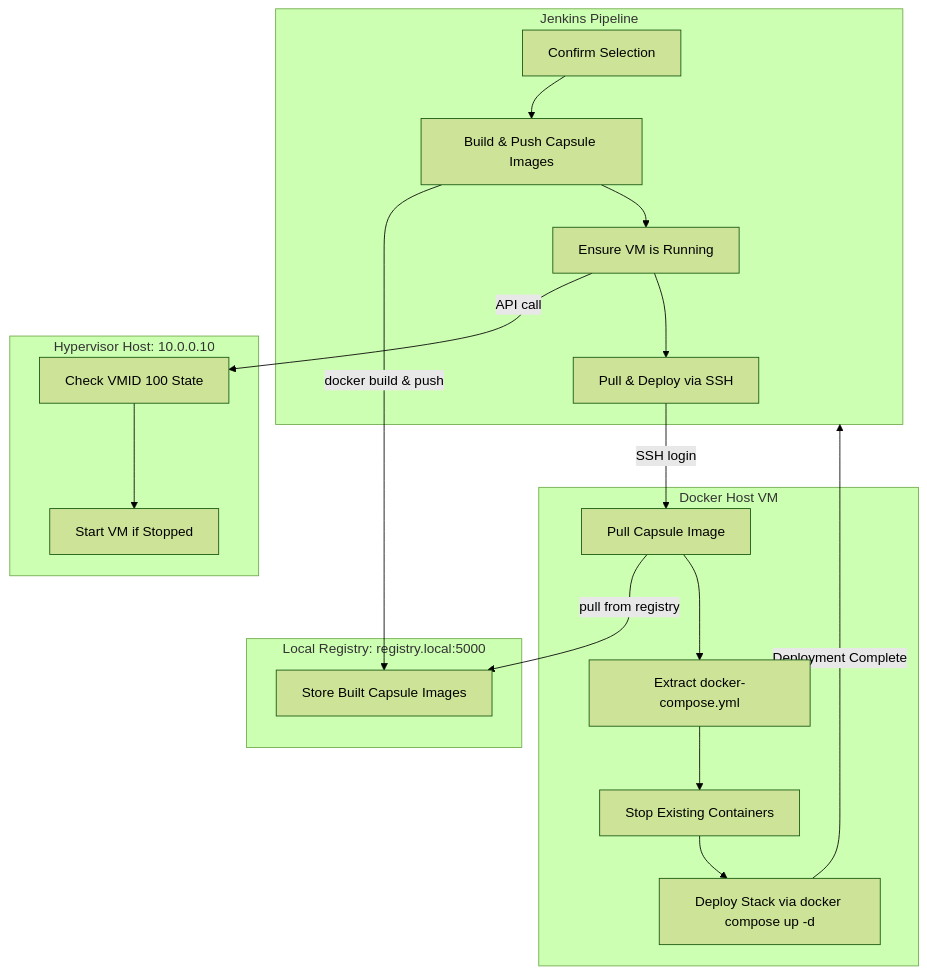
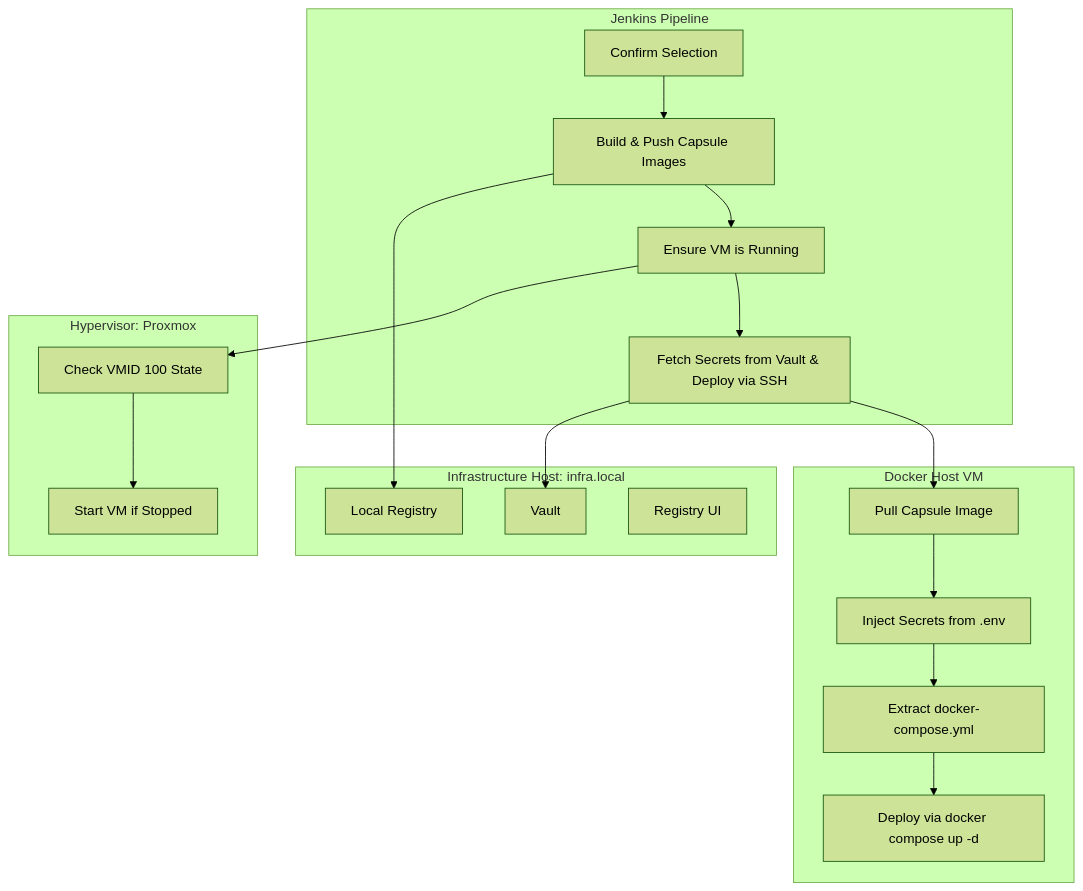
The diagram in README.md (gustav0thethird/CapsuleBay), drawn with Mermaid (forest theme) before and after one commit. The commit also changed other lines of this file and 3 other files, not shown here.

````diff
--- a/README.md
+++ b/README.md
@@ -29,38 +76,32 @@
 ```mermaid
 flowchart TD
     subgraph J[Jenkins Pipeline]
         A1[Confirm Selection]
         A2[Build & Push Capsule Images]
         A3[Ensure VM is Running]
-        A4[Pull & Deploy via SSH]
+        A4[Fetch Secrets from Vault & Deploy via SSH]
     end
 
-    subgraph P[Hypervisor Host: 10.0.0.10]
+    subgraph I[Infrastructure Host: infra.local]
+        I1[Vault]
+        I2[Local Registry]
+        I3[Registry UI]
+    end
+
+    subgraph P[Hypervisor: Proxmox]
         P1[Check VMID 100 State]
         P2[Start VM if Stopped]
     end
 
-    subgraph R[Local Registry: registry.local:5000]
-        R1[Store Built Capsule Images]
+    subgraph H[Docker Host VM]
+        H1[Pull Capsule Image]
+        H2[Inject Secrets from .env]
+        H3[Extract docker-compose.yml]
+        H4[Deploy via docker compose up -d]
     end
 
-    subgraph H[Docker Host VM]
-        H1[Pull Capsule Image]
-        H2[Extract docker-compose.yml]
-        H3[Stop Existing Containers]
-        H4[Deploy Stack via docker compose up -d]
-    end
-
-    A1 --> A2
-    A2 -->|docker build & push| R1
-    A2 --> A3
-    A3 -->|API call| P1
-    P1 --> P2
-    A3 --> A4
-    A4 -->|SSH login| H1
-    H1 -->|pull from registry| R1
-    H1 --> H2
-    H2 --> H3
-    H3 --> H4
-    H4 -->|Deployment Complete| J
+    A1 --> A2 --> I2
+    A2 --> A3 --> P1 --> P2
+    A3 --> A4 --> I1
+    A4 --> H1 --> H2 --> H3 --> H4
 ```
````
